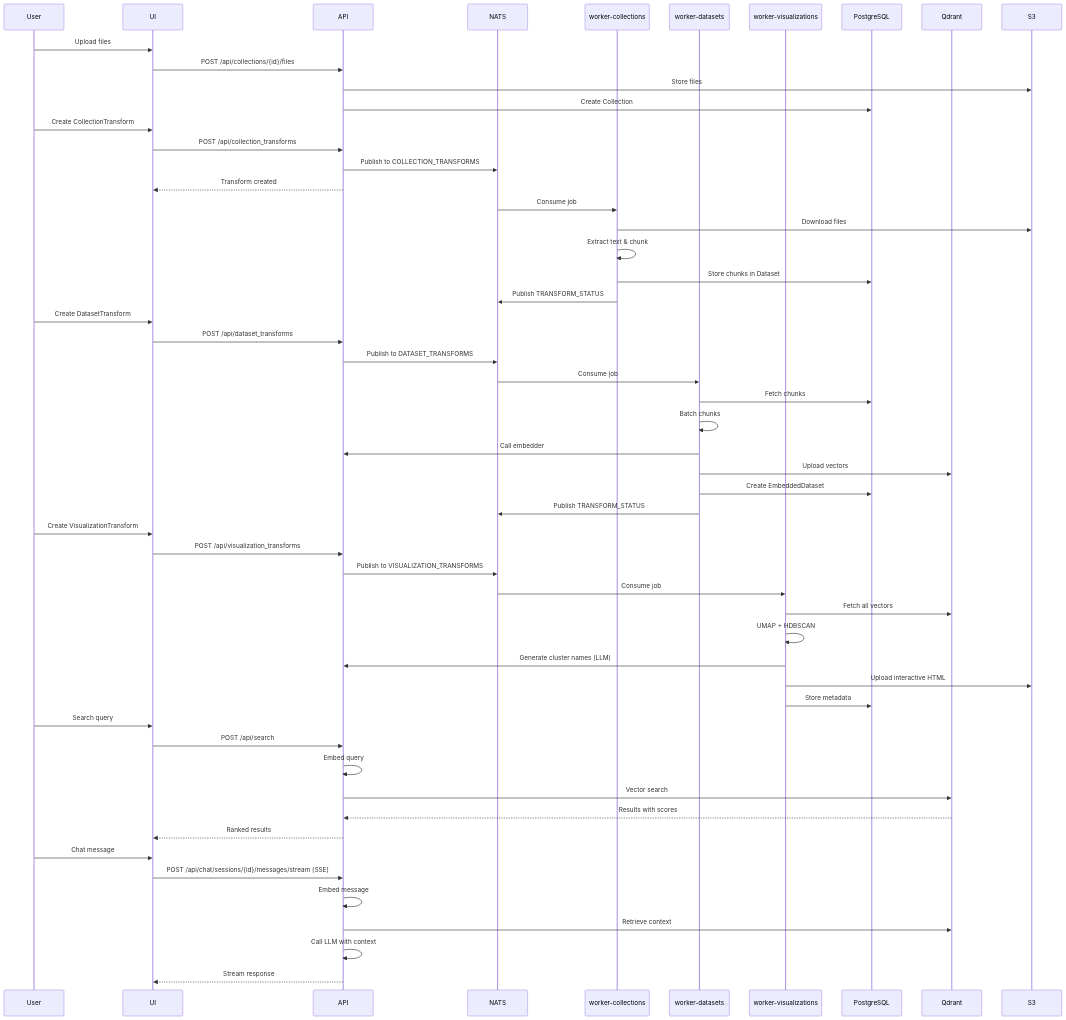
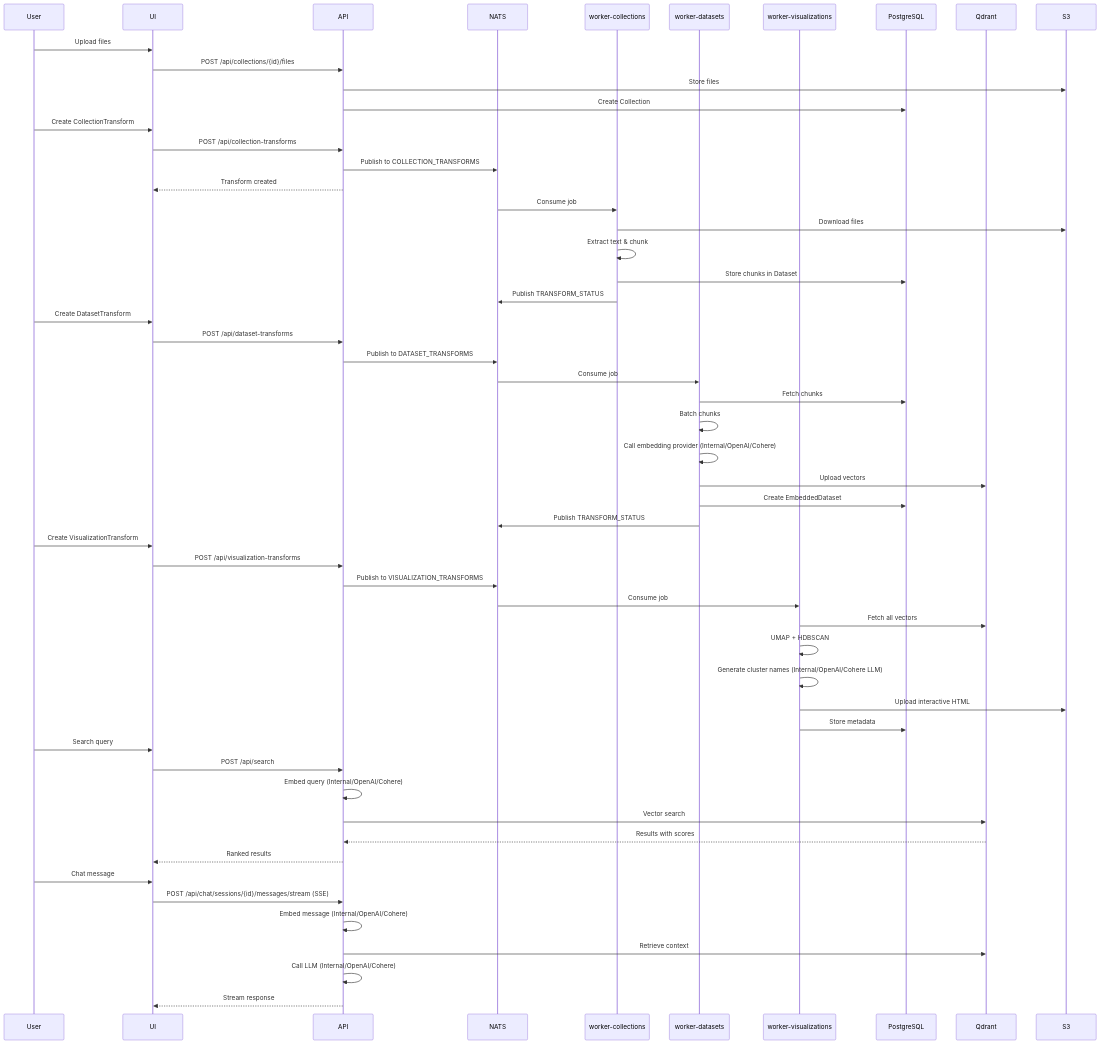
Before and after one commit to FishySoftware/semantic-explorer: the second of 2 diagrams in README.md, drawn with Mermaid. The commit also changed other lines of this file and 8 other files, not shown here.

````diff
--- a/README.md
+++ b/README.md
@@ -112,66 +137,66 @@
 ```mermaid
 sequenceDiagram
     participant User
     participant UI
     participant API
     participant NATS
     participant WC as worker-collections
     participant WD as worker-datasets
     participant WV as worker-visualizations
     participant PG as PostgreSQL
     participant QD as Qdrant
     participant S3
 
     User->>UI: Upload files
     UI->>API: POST /api/collections/{id}/files
     API->>S3: Store files
     API->>PG: Create Collection
 
     User->>UI: Create CollectionTransform
-    UI->>API: POST /api/collection_transforms
+    UI->>API: POST /api/collection-transforms
     API->>NATS: Publish to COLLECTION_TRANSFORMS
     API-->>UI: Transform created
 
     NATS->>WC: Consume job
     WC->>S3: Download files
     WC->>WC: Extract text & chunk
     WC->>PG: Store chunks in Dataset
     WC->>NATS: Publish TRANSFORM_STATUS
 
     User->>UI: Create DatasetTransform
-    UI->>API: POST /api/dataset_transforms
+    UI->>API: POST /api/dataset-transforms
     API->>NATS: Publish to DATASET_TRANSFORMS
 
     NATS->>WD: Consume job
     WD->>PG: Fetch chunks
     WD->>WD: Batch chunks
-    WD->>API: Call embedder
+    WD->>WD: Call embedding provider (Internal/OpenAI/Cohere)
     WD->>QD: Upload vectors
     WD->>PG: Create EmbeddedDataset
     WD->>NATS: Publish TRANSFORM_STATUS
 
     User->>UI: Create VisualizationTransform
-    UI->>API: POST /api/visualization_transforms
+    UI->>API: POST /api/visualization-transforms
     API->>NATS: Publish to VISUALIZATION_TRANSFORMS
 
     NATS->>WV: Consume job
     WV->>QD: Fetch all vectors
     WV->>WV: UMAP + HDBSCAN
-    WV->>API: Generate cluster names (LLM)
+    WV->>WV: Generate cluster names (Internal/OpenAI/Cohere LLM)
     WV->>S3: Upload interactive HTML
     WV->>PG: Store metadata
 
     User->>UI: Search query
     UI->>API: POST /api/search
-    API->>API: Embed query
+    API->>API: Embed query (Internal/OpenAI/Cohere)
     API->>QD: Vector search
     QD-->>API: Results with scores
     API-->>UI: Ranked results
 
     User->>UI: Chat message
     UI->>API: POST /api/chat/sessions/{id}/messages/stream (SSE)
-    API->>API: Embed message
+    API->>API: Embed message (Internal/OpenAI/Cohere)
     API->>QD: Retrieve context
-    API->>API: Call LLM with context
+    API->>API: Call LLM (Internal/OpenAI/Cohere)
     API-->>UI: Stream response
 ```
````
